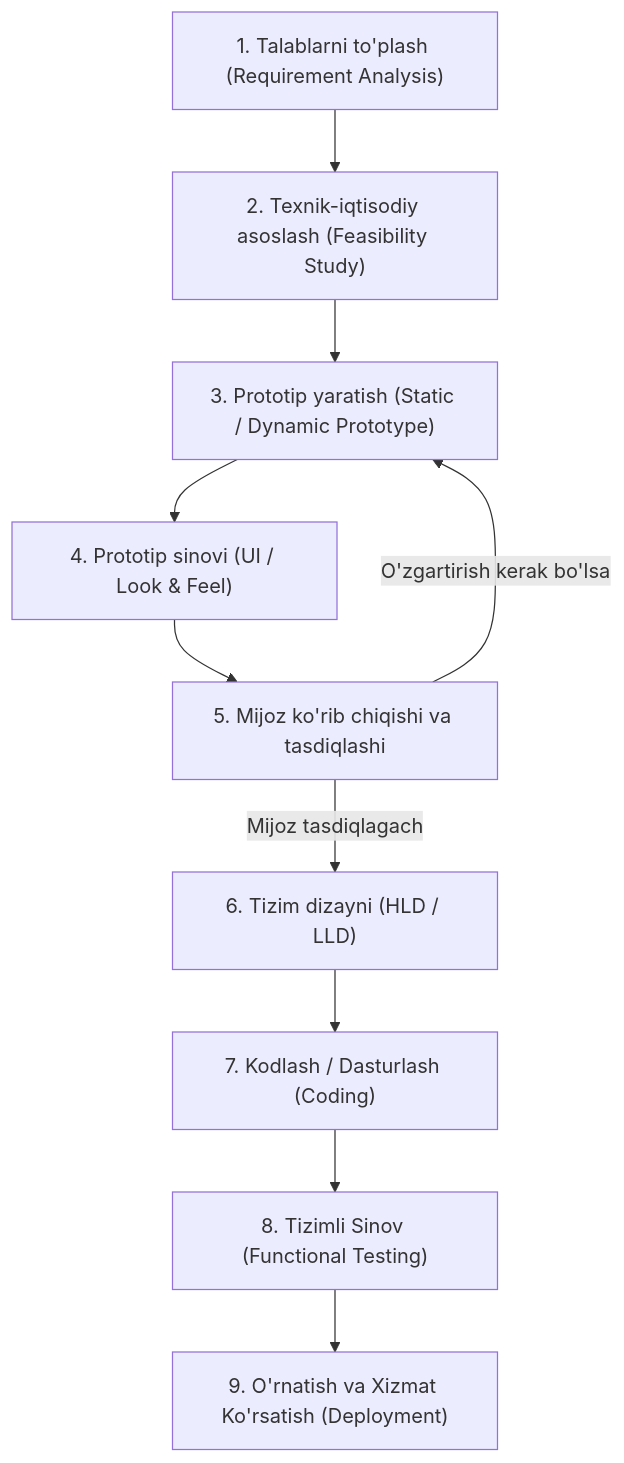
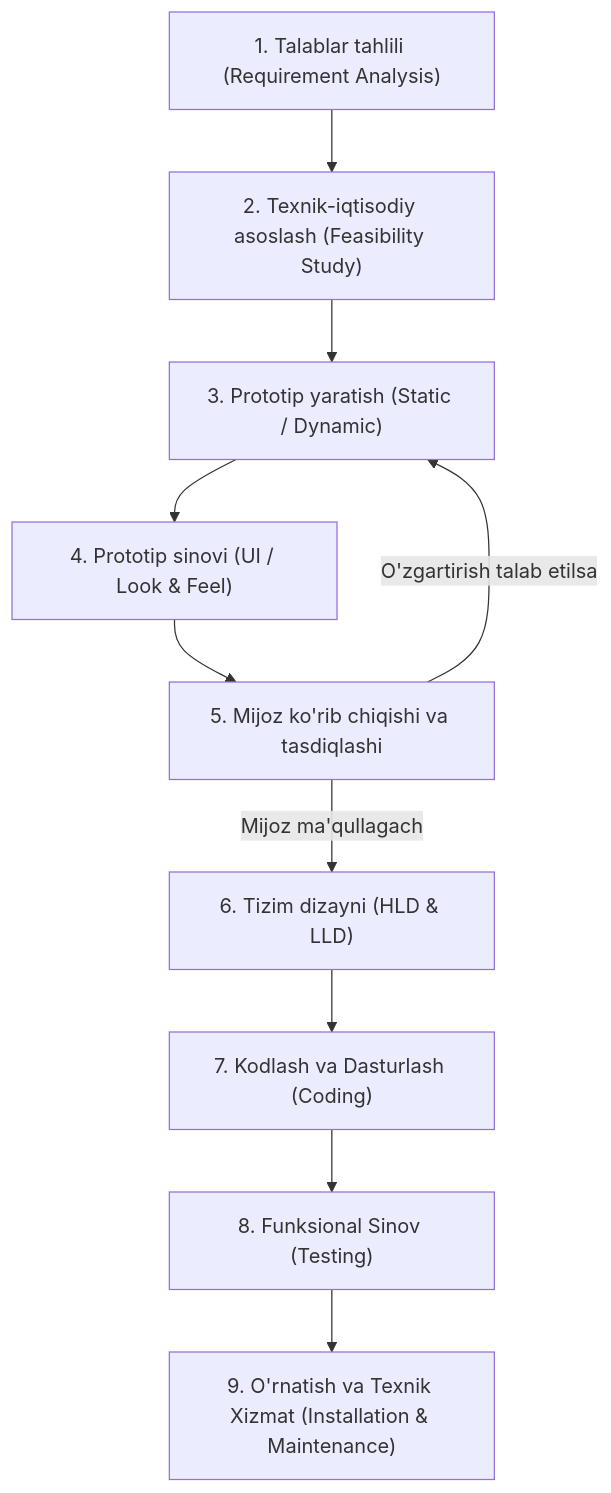
One commit to Ergashov15/qa-uzbekistan changed the first of 2 diagrams in app/docs/sdlc-models/prototype-model/page.mdx. Above: the diagram before and after it, drawn with Mermaid. The commit also changed other lines of this file and 2 other files, not shown here.

Commit message:
feat: rewrite Prototype Model in Software Testing in Uzbek

````diff
--- a/app/docs/sdlc-models/prototype-model/page.mdx
+++ b/app/docs/sdlc-models/prototype-model/page.mdx
@@ -17,12 +19,12 @@
 ```mermaid
 flowchart TD
-    A["1. Talablarni to'plash (Requirement Analysis)"] --> B["2. Texnik-iqtisodiy asoslash (Feasibility Study)"]
-    B --> C["3. Prototip yaratish (Static / Dynamic Prototype)"]
+    A["1. Talablar tahlili (Requirement Analysis)"] --> B["2. Texnik-iqtisodiy asoslash (Feasibility Study)"]
+    B --> C["3. Prototip yaratish (Static / Dynamic)"]
     C --> D["4. Prototip sinovi (UI / Look & Feel)"]
     D --> E["5. Mijoz ko'rib chiqishi va tasdiqlashi"]
-    E -->|"O'zgartirish kerak bo'lsa"| C
-    E -->|"Mijoz tasdiqlagach"| F["6. Tizim dizayni (HLD / LLD)"]
-    F --> G["7. Kodlash / Dasturlash (Coding)"]
-    G --> H["8. Tizimli Sinov (Functional Testing)"]
-    H --> I["9. O'rnatish va Xizmat Ko'rsatish (Deployment)"]
+    E -->|"O'zgartirish talab etilsa"| C
+    E -->|"Mijoz ma'qullagach"| F["6. Tizim dizayni (HLD & LLD)"]
+    F --> G["7. Kodlash va Dasturlash (Coding)"]
+    G --> H["8. Funksional Sinov (Testing)"]
+    H --> I["9. O'rnatish va Texnik Xizmat (Installation & Maintenance)"]
 ```
````
